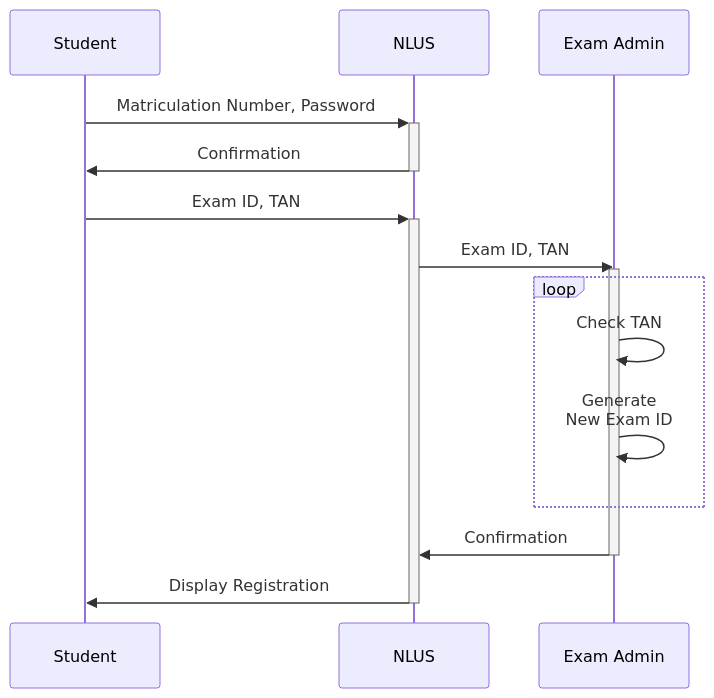
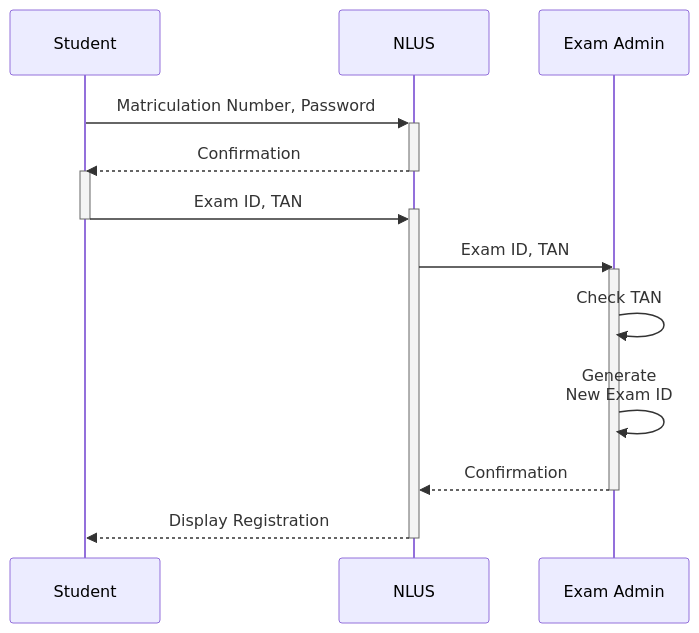
One commit to SuvanshShukla/ovgu-magdeburg changed the first of 2 diagrams in 03_ISEE/02_assignments/exercise4/exercise4.md. Above: the diagram before and after it, drawn with Mermaid. The commit also changed 1 other file, not shown here.

Commit message:
update task 1

````diff
--- a/03_ISEE/02_assignments/exercise4/exercise4.md
+++ b/03_ISEE/02_assignments/exercise4/exercise4.md
@@ -14,15 +14,15 @@
 ```mermaid
 sequenceDiagram
     Student->>+NLUS: Matriculation Number, Password
-    NLUS->>-Student: Confirmation
+    NLUS-->>-Student: Confirmation
+    activate Student
     Student->>+NLUS: Exam ID, TAN
+    deactivate Student
     NLUS->>Exam Admin: Exam ID, TAN
     activate Exam Admin
-    loop
-        Exam Admin->>Exam Admin: Check TAN
-        Exam Admin->>Exam Admin: Generate <br> New Exam ID
-    end
-    Exam Admin->>NLUS: Confirmation
+    Exam Admin->>Exam Admin: Check TAN
+    Exam Admin->>Exam Admin: Generate <br> New Exam ID
+    Exam Admin-->>NLUS: Confirmation
     deactivate Exam Admin
-    NLUS->>-Student: Display Registration
+    NLUS-->>-Student: Display Registration
 ```
````
